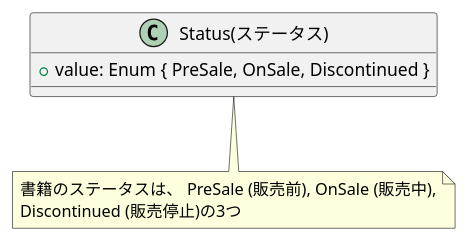
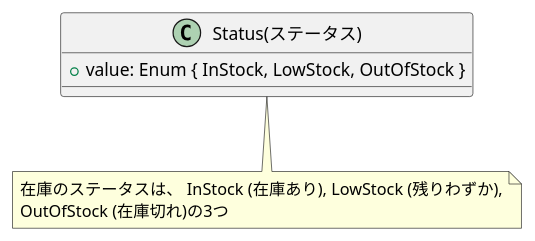
The diagram in src/Domain/models/Book/Stock/Status/Status.pu (yamachan0625/ddd-hands-on), drawn with PlantUML before and after one commit. The commit also changed 3 other files, not shown here.

```diff
--- a/src/Domain/models/Book/Stock/Status/Status.pu
+++ b/src/Domain/models/Book/Stock/Status/Status.pu
@@ -1,12 +1,12 @@
-@startuml BookId
+@startuml Status
 
 class "Status(ステータス)" as Status {
-    + value: Enum { PreSale, OnSale, Discontinued }
+    + value: Enum { InStock, LowStock, OutOfStock }
 }
 
 note bottom of Status
-    書籍のステータスは、 PreSale (販売前), OnSale (販売中),
-    Discontinued (販売停止)の3つ
-end note 
+    在庫のステータスは、 InStock (在庫あり), LowStock (残りわずか),
+    OutOfStock (在庫切れ)の3つ
+end note
 
 @enduml
```
